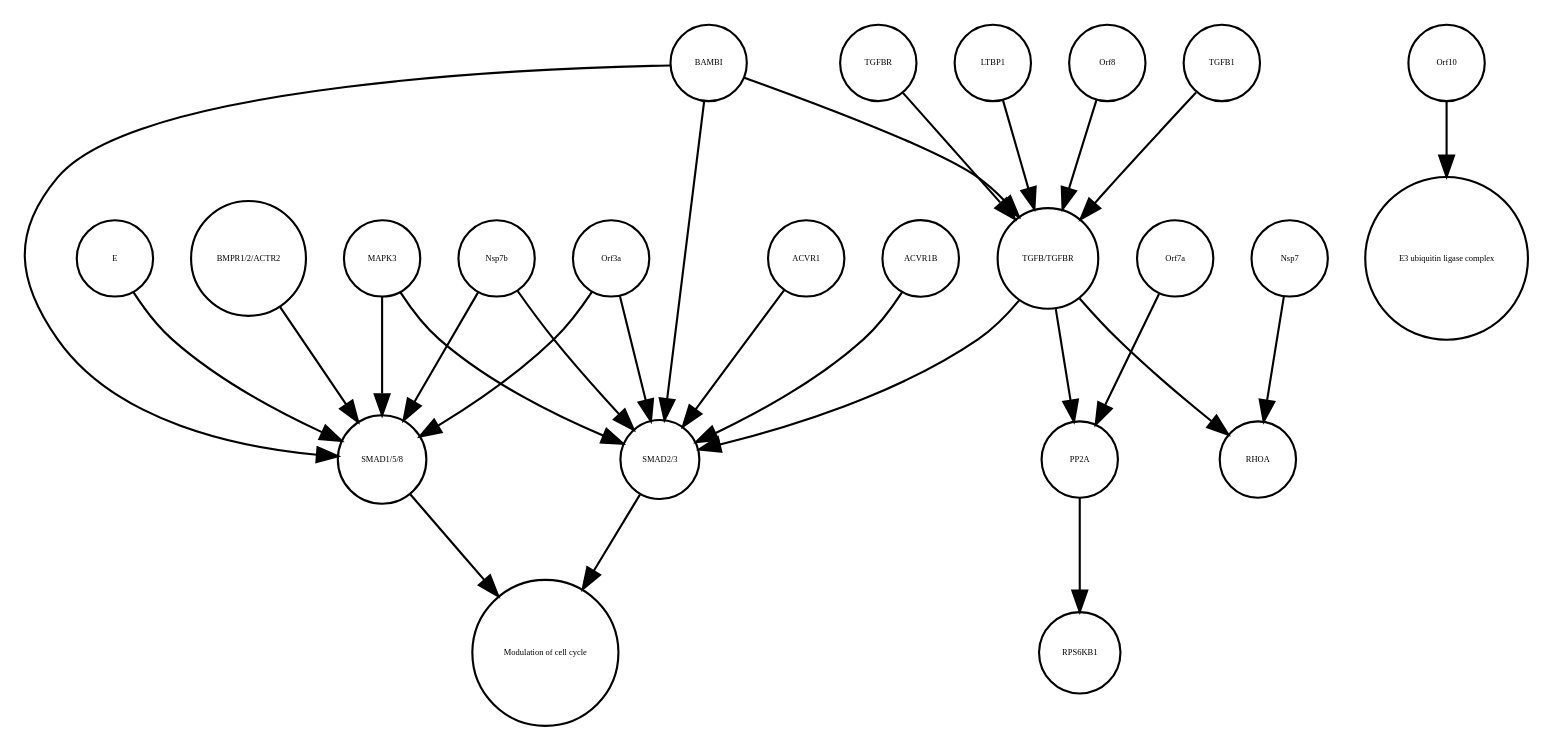
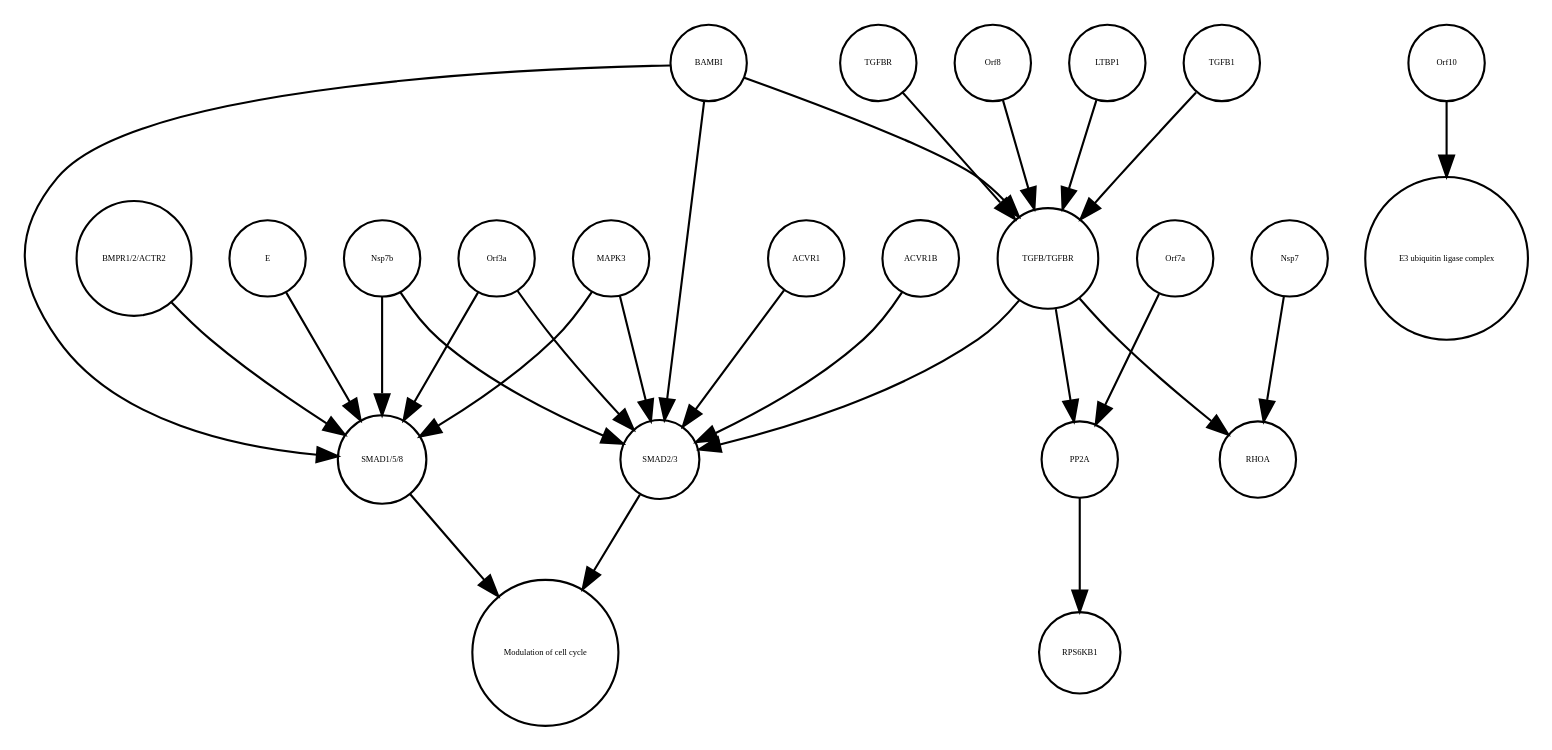
One commit to cannin/covid19-sbgn changed the diagram in TGFB_pathway_stable.xml_projected.dot. Above: the diagram before and after it, drawn with Graphviz. The commit also changed other lines of this file and 621 other files, not shown here.

```diff
--- a/TGFB_pathway_stable.xml_projected.dot
+++ b/TGFB_pathway_stable.xml_projected.dot
@@ -1,51 +1,51 @@
 strict digraph  {
 "SMAD1/5/8" [annotation="", bipartite=0, cls=complex, fontsize=4, label="SMAD1/5/8", shape=circle];
 "Modulation of cell cycle" [annotation="urn_miriam_obo.go_GO%3A0000074", bipartite=0, cls=phenotype, fontsize=4, label="Modulation of cell cycle", shape=circle];
 "SMAD2/3" [annotation="", bipartite=0, cls=complex, fontsize=4, label="SMAD2/3", shape=circle];
-Nsp7 [annotation=urn_miriam_uniprot_Q7TFA1, bipartite=0, cls=macromolecule, fontsize=4, label=Nsp7, shape=circle];
+Orf10 [annotation=urn_miriam_ncbiprotein_BCD58762, bipartite=0, cls=macromolecule, fontsize=4, label=Orf10, shape=circle];
+"E3 ubiquitin ligase complex" [annotation="", bipartite=0, cls=complex, fontsize=4, label="E3 ubiquitin ligase complex", shape=circle];
+BAMBI [annotation="", bipartite=0, cls=macromolecule, fontsize=4, label=BAMBI, shape=circle];
+Orf8 [annotation="urn_miriam_uniprot_Q80H93|urn_miriam_uniprot_Q7TFA0", bipartite=0, cls=macromolecule, fontsize=4, label=Orf8, shape=circle];
 LTBP1 [annotation="", bipartite=0, cls=macromolecule, fontsize=4, label=LTBP1, shape=circle];
-MAPK3 [annotation="", bipartite=0, cls=macromolecule, fontsize=4, label=MAPK3, shape=circle];
+Nsp7b [annotation=urn_miriam_uniprot_Q7TFA1, bipartite=0, cls=macromolecule, fontsize=4, label=Nsp7b, shape=circle];
+"BMPR1/2/ACTR2" [annotation="", bipartite=0, cls=complex, fontsize=4, label="BMPR1/2/ACTR2", shape=circle];
+Orf3a [annotation=urn_miriam_uniprot_P59632, bipartite=0, cls=macromolecule, fontsize=4, label=Orf3a, shape=circle];
+TGFB1 [annotation="", bipartite=0, cls=macromolecule, fontsize=4, label=TGFB1, shape=circle];
+ACVR1 [annotation="", bipartite=0, cls=macromolecule, fontsize=4, label=ACVR1, shape=circle];
+Orf7a [annotation=urn_miriam_uniprot_P59635, bipartite=0, cls=macromolecule, fontsize=4, label=Orf7a, shape=circle];
+PP2A [annotation="", bipartite=0, cls=complex, fontsize=4, label=PP2A, shape=circle];
 RPS6KB1 [annotation="", bipartite=0, cls=macromolecule, fontsize=4, label=RPS6KB1, shape=circle];
 "TGFB/TGFBR" [annotation="", bipartite=0, cls=complex, fontsize=4, label="TGFB/TGFBR", shape=circle];
-BAMBI [annotation="", bipartite=0, cls=macromolecule, fontsize=4, label=BAMBI, shape=circle];
-ACVR1 [annotation="", bipartite=0, cls=macromolecule, fontsize=4, label=ACVR1, shape=circle];
-"E3 ubiquitin ligase complex" [annotation="", bipartite=0, cls=complex, fontsize=4, label="E3 ubiquitin ligase complex", shape=circle];
-PP2A [annotation="", bipartite=0, cls=complex, fontsize=4, label=PP2A, shape=circle];
-Orf7a [annotation=urn_miriam_uniprot_P59635, bipartite=0, cls=macromolecule, fontsize=4, label=Orf7a, shape=circle];
-Nsp7b [annotation=urn_miriam_uniprot_Q7TFA1, bipartite=0, cls=macromolecule, fontsize=4, label=Nsp7b, shape=circle];
-Orf10 [annotation=urn_miriam_ncbiprotein_BCD58762, bipartite=0, cls=macromolecule, fontsize=4, label=Orf10, shape=circle];
 E [annotation=urn_miriam_uniprot_P59637, bipartite=0, cls=macromolecule, fontsize=4, label=E, shape=circle];
+Nsp7 [annotation=urn_miriam_uniprot_Q7TFA1, bipartite=0, cls=macromolecule, fontsize=4, label=Nsp7, shape=circle];
+RHOA [annotation="", bipartite=0, cls=macromolecule, fontsize=4, label=RHOA, shape=circle];
 ACVR1B [annotation="", bipartite=0, cls=macromolecule, fontsize=4, label=ACVR1B, shape=circle];
-Orf8 [annotation="urn_miriam_uniprot_Q80H93|urn_miriam_uniprot_Q7TFA0", bipartite=0, cls=macromolecule, fontsize=4, label=Orf8, shape=circle];
-RHOA [annotation="", bipartite=0, cls=macromolecule, fontsize=4, label=RHOA, shape=circle];
-"BMPR1/2/ACTR2" [annotation="", bipartite=0, cls=complex, fontsize=4, label="BMPR1/2/ACTR2", shape=circle];
-TGFB1 [annotation="", bipartite=0, cls=macromolecule, fontsize=4, label=TGFB1, shape=circle];
-Orf3a [annotation=urn_miriam_uniprot_P59632, bipartite=0, cls=macromolecule, fontsize=4, label=Orf3a, shape=circle];
 TGFBR [annotation="", bipartite=0, cls=complex, fontsize=4, label=TGFBR, shape=circle];
+MAPK3 [annotation="", bipartite=0, cls=macromolecule, fontsize=4, label=MAPK3, shape=circle];
 "SMAD1/5/8" -> "Modulation of cell cycle"  [annotation="", interaction_type=stimulation];
 "SMAD2/3" -> "Modulation of cell cycle"  [annotation="", interaction_type=stimulation];
+Orf10 -> "E3 ubiquitin ligase complex"  [annotation="", interaction_type=production];
+BAMBI -> "SMAD1/5/8"  [annotation="urn_miriam_doi_10.1101%2F2020.06.17.156455", interaction_type=inhibition];
+BAMBI -> "TGFB/TGFBR"  [annotation="urn_miriam_doi_10.1101%2F2020.06.17.156455", interaction_type=inhibition];
+BAMBI -> "SMAD2/3"  [annotation="urn_miriam_doi_10.1101%2F2020.06.17.156455", interaction_type=inhibition];
+Orf8 -> "TGFB/TGFBR"  [annotation="urn_miriam_doi_10.1101%2F2020.06.17.156455", interaction_type=stimulation];
+LTBP1 -> "TGFB/TGFBR"  [annotation="urn_miriam_doi_10.1101%2F2020.06.17.156455", interaction_type=inhibition];
+Nsp7b -> "SMAD1/5/8"  [annotation="urn_miriam_doi_10.1101%2F2020.06.17.156455", interaction_type=stimulation];
+Nsp7b -> "SMAD2/3"  [annotation="urn_miriam_doi_10.1101%2F2020.06.17.156455", interaction_type=stimulation];
+"BMPR1/2/ACTR2" -> "SMAD1/5/8"  [annotation="urn_miriam_doi_10.1101%2F2020.06.17.156455", interaction_type=catalysis];
+Orf3a -> "SMAD1/5/8"  [annotation="urn_miriam_doi_10.1101%2F2020.06.17.156455", interaction_type=stimulation];
+Orf3a -> "SMAD2/3"  [annotation="urn_miriam_doi_10.1101%2F2020.06.17.156455", interaction_type=stimulation];
+TGFB1 -> "TGFB/TGFBR"  [annotation="", interaction_type=production];
+ACVR1 -> "SMAD2/3"  [annotation="urn_miriam_doi_10.1101%2F2020.06.17.156455", interaction_type=catalysis];
+Orf7a -> PP2A  [annotation="urn_miriam_doi_10.1101%2F2020.03.31.019216", interaction_type=stimulation];
+PP2A -> RPS6KB1  [annotation="", interaction_type=catalysis];
+"TGFB/TGFBR" -> "SMAD2/3"  [annotation="urn_miriam_doi_10.1101%2F2020.06.17.156455", interaction_type=stimulation];
+"TGFB/TGFBR" -> RHOA  [annotation="urn_miriam_doi_10.1101%2F2020.06.17.156455", interaction_type=stimulation];
+"TGFB/TGFBR" -> PP2A  [annotation="urn_miriam_doi_10.1101%2F2020.03.31.019216", interaction_type=stimulation];
+E -> "SMAD1/5/8"  [annotation="urn_miriam_doi_10.1101%2F2020.06.17.156455", interaction_type=stimulation];
 Nsp7 -> RHOA  [annotation="urn_miriam_doi_10.1101%2F2020.06.17.156455", interaction_type=stimulation];
-LTBP1 -> "TGFB/TGFBR"  [annotation="urn_miriam_doi_10.1101%2F2020.06.17.156455", interaction_type=inhibition];
+ACVR1B -> "SMAD2/3"  [annotation="urn_miriam_doi_10.1101%2F2020.06.17.156455", interaction_type=catalysis];
+TGFBR -> "TGFB/TGFBR"  [annotation="", interaction_type=production];
+MAPK3 -> "SMAD1/5/8"  [annotation="urn_miriam_doi_10.1101%2F2020.06.17.156455", interaction_type=inhibition];
 MAPK3 -> "SMAD2/3"  [annotation="urn_miriam_doi_10.1101%2F2020.06.17.156455", interaction_type=inhibition];
-MAPK3 -> "SMAD1/5/8"  [annotation="urn_miriam_doi_10.1101%2F2020.06.17.156455", interaction_type=inhibition];
-"TGFB/TGFBR" -> "SMAD2/3"  [annotation="urn_miriam_doi_10.1101%2F2020.06.17.156455", interaction_type=stimulation];
-"TGFB/TGFBR" -> PP2A  [annotation="urn_miriam_doi_10.1101%2F2020.03.31.019216", interaction_type=stimulation];
-"TGFB/TGFBR" -> RHOA  [annotation="urn_miriam_doi_10.1101%2F2020.06.17.156455", interaction_type=stimulation];
-BAMBI -> "SMAD2/3"  [annotation="urn_miriam_doi_10.1101%2F2020.06.17.156455", interaction_type=inhibition];
-BAMBI -> "TGFB/TGFBR"  [annotation="urn_miriam_doi_10.1101%2F2020.06.17.156455", interaction_type=inhibition];
-BAMBI -> "SMAD1/5/8"  [annotation="urn_miriam_doi_10.1101%2F2020.06.17.156455", interaction_type=inhibition];
-ACVR1 -> "SMAD2/3"  [annotation="urn_miriam_doi_10.1101%2F2020.06.17.156455", interaction_type=catalysis];
-PP2A -> RPS6KB1  [annotation="", interaction_type=catalysis];
-Orf7a -> PP2A  [annotation="urn_miriam_doi_10.1101%2F2020.03.31.019216", interaction_type=stimulation];
-Nsp7b -> "SMAD2/3"  [annotation="urn_miriam_doi_10.1101%2F2020.06.17.156455", interaction_type=stimulation];
-Nsp7b -> "SMAD1/5/8"  [annotation="urn_miriam_doi_10.1101%2F2020.06.17.156455", interaction_type=stimulation];
-Orf10 -> "E3 ubiquitin ligase complex"  [annotation="", interaction_type=production];
-E -> "SMAD1/5/8"  [annotation="urn_miriam_doi_10.1101%2F2020.06.17.156455", interaction_type=stimulation];
-ACVR1B -> "SMAD2/3"  [annotation="urn_miriam_doi_10.1101%2F2020.06.17.156455", interaction_type=catalysis];
-Orf8 -> "TGFB/TGFBR"  [annotation="urn_miriam_doi_10.1101%2F2020.06.17.156455", interaction_type=stimulation];
-"BMPR1/2/ACTR2" -> "SMAD1/5/8"  [annotation="urn_miriam_doi_10.1101%2F2020.06.17.156455", interaction_type=catalysis];
-TGFB1 -> "TGFB/TGFBR"  [annotation="", interaction_type=production];
-Orf3a -> "SMAD2/3"  [annotation="urn_miriam_doi_10.1101%2F2020.06.17.156455", interaction_type=stimulation];
-Orf3a -> "SMAD1/5/8"  [annotation="urn_miriam_doi_10.1101%2F2020.06.17.156455", interaction_type=stimulation];
-TGFBR -> "TGFB/TGFBR"  [annotation="", interaction_type=production];
 }
```
